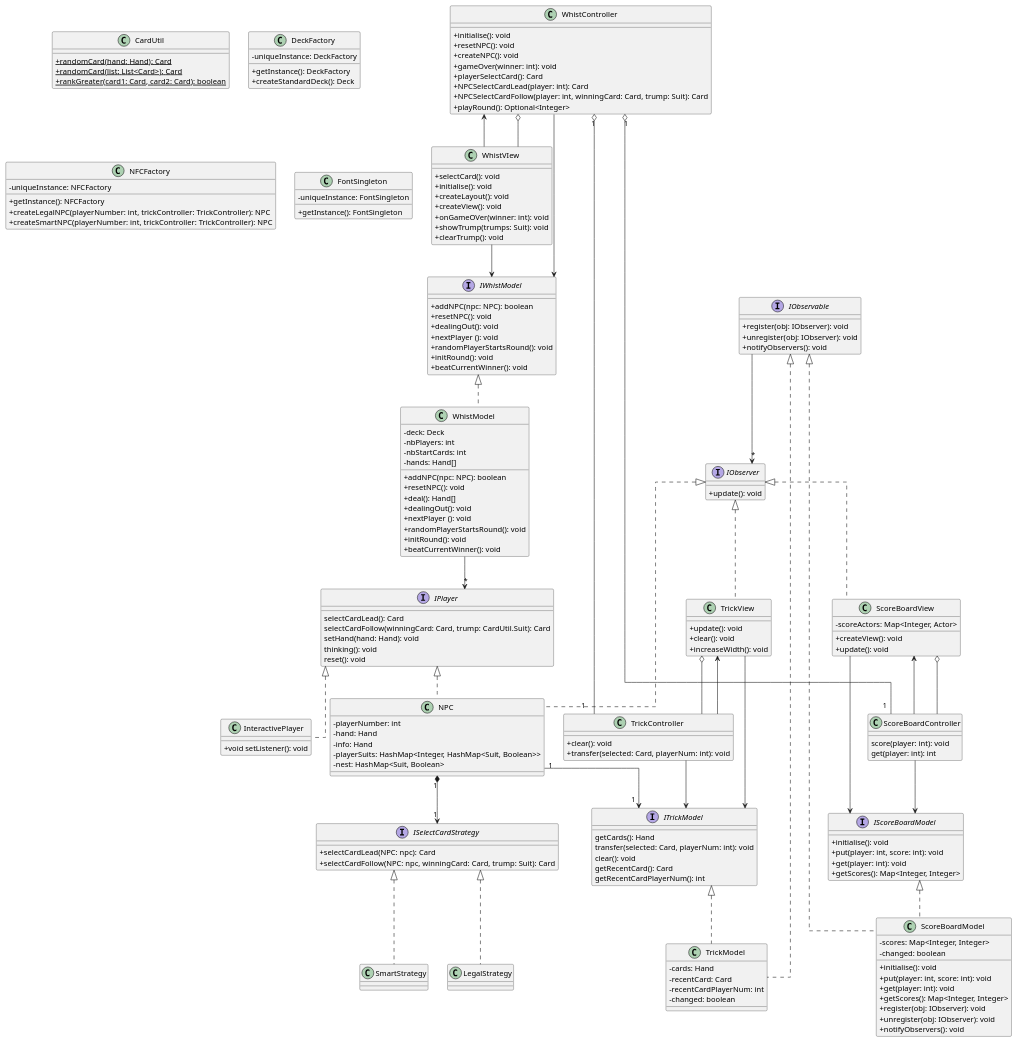
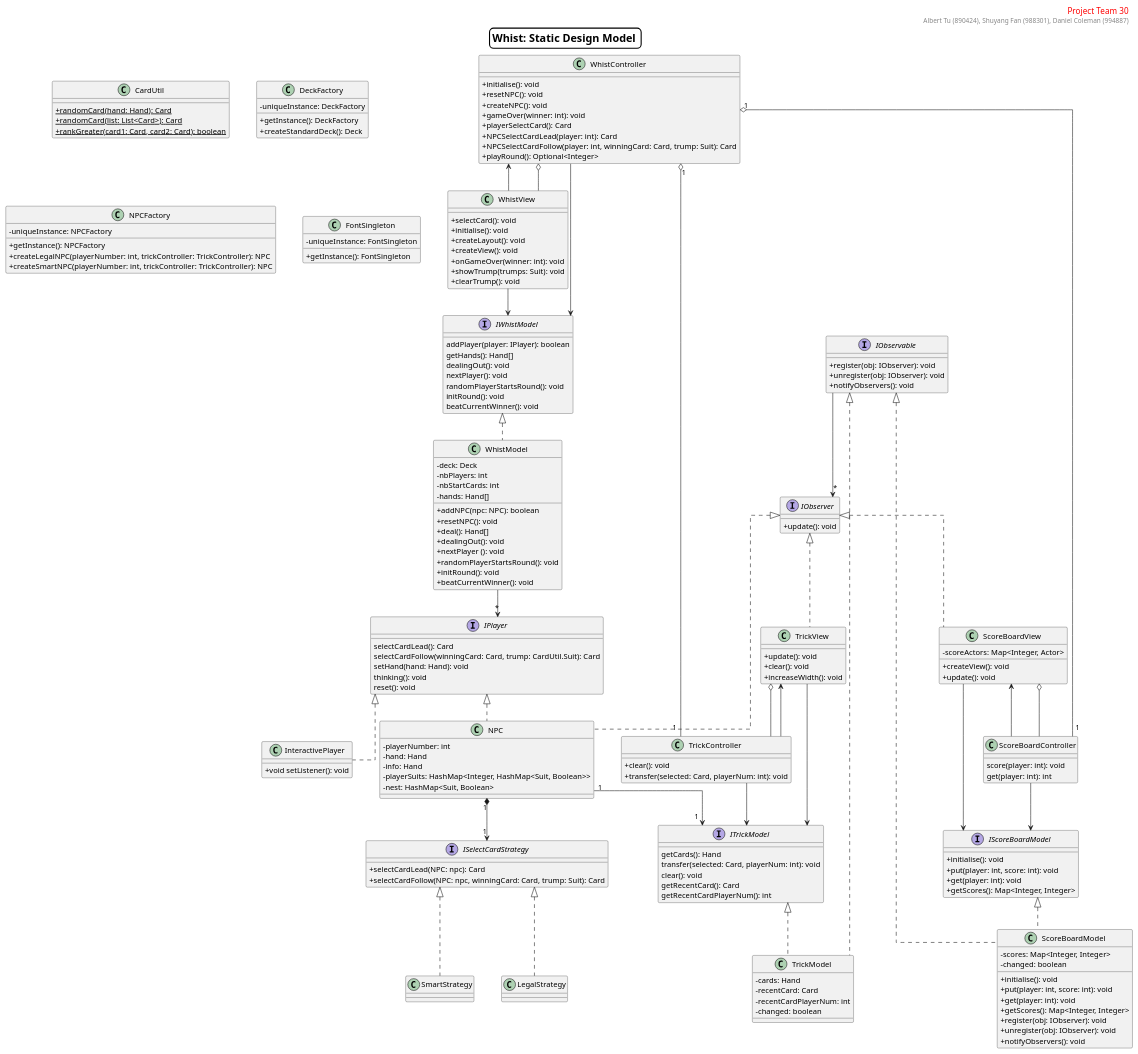
The diagram in uml/DesignClassDiagram.puml (Haswf/Whist), drawn with PlantUML before and after one commit.

Commit message:
fixed typos in DCD and added title

```diff
--- a/uml/DesignClassDiagram.puml
+++ b/uml/DesignClassDiagram.puml
@@ -2,7 +2,21 @@
 skinparam classAttributeIconSize 0
 skinparam linetype polyline
 skinparam linetype ortho
+skinparam classAttributeIconSize 0
+skinparam nodesep 50
+skinparam ranksep 50
+'skinparam linetype polyline
+    'skinparam linetype ortho
+    skinparam titleBorderRoundCorner 15
+    skinparam titleBorderThickness 2
+    skinparam titleBorderColor black
+    skinparam titleBackgroundColor White
+    title <font size = 20>Whist: Static Design Model </font>
 
+header
+<font color=red><font size=15>Project Team 30</font>
+<font size = 12>Albert Tu (890424), Shuyang Fan (988301), Daniel Coleman (994887)</font>
+endheader
 class NPC implements IObserver, IPlayer {
     - playerNumber: int
     - hand: Hand
@@ -23,12 +37,10 @@
 '    + selectCardLead(NPC: npc): Card
 '    + selectCardFollow(NPC: npc, winningCard: Card, trump: Suit): Card
 }
-
 class LegalStrategy implements ISelectCardStrategy{
 '    + selectCardLead(NPC: npc): Card
 '    + selectCardFollow(NPC: npc, winningCard: Card, trump: Suit): Card
 }
-
 interface IObserver {
     + update(): void
 }
@@ -73,13 +85,13 @@
 TrickController --> TrickView
 
 interface IWhistModel{
-    + addNPC(npc: NPC): boolean
-    + resetNPC(): void
-    + dealingOut(): void
-    + nextPlayer (): void
-    + randomPlayerStartsRound(): void
-    + initRound(): void
-    + beatCurrentWinner(): void
+    addPlayer(player: IPlayer): boolean
+    getHands(): Hand[]
+    dealingOut(): void
+    nextPlayer(): void
+    randomPlayerStartsRound(): void
+    initRound(): void
+    beatCurrentWinner(): void
 }
 
 class WhistModel implements IWhistModel{
@@ -101,17 +113,17 @@
 
 WhistModel --> "*" IPlayer
 
-class WhistVIew {
+class WhistView {
     + selectCard(): void
     + initialise(): void
     + createLayout(): void
     + createView(): void
-    + onGameOVer(winner: int): void
+    + onGameOver(winner: int): void
     + showTrump(trumps: Suit): void
     + clearTrump(): void
 }
 
-WhistVIew --> IWhistModel
+WhistView --> IWhistModel
 
 class WhistController{
     + initialise(): void
@@ -125,8 +137,8 @@
 }
 
 WhistController --> IWhistModel
-WhistController o--	 WhistVIew
-WhistVIew --> WhistController
+WhistController o--	 WhistView
+WhistView --> WhistController
 WhistController "1" o-- "1" TrickController
 WhistController "1" o-- "1" ScoreBoardController
 
@@ -180,9 +192,9 @@
     + createStandardDeck(): Deck
 }
 
-class NFCFactory {
-    - uniqueInstance: NFCFactory
-    + getInstance(): NFCFactory
+class NPCFactory {
+    - uniqueInstance: NPCFactory
+    + getInstance(): NPCFactory
     + createLegalNPC(playerNumber: int, trickController: TrickController): NPC
     + createSmartNPC(playerNumber: int, trickController: TrickController): NPC
 }
```
